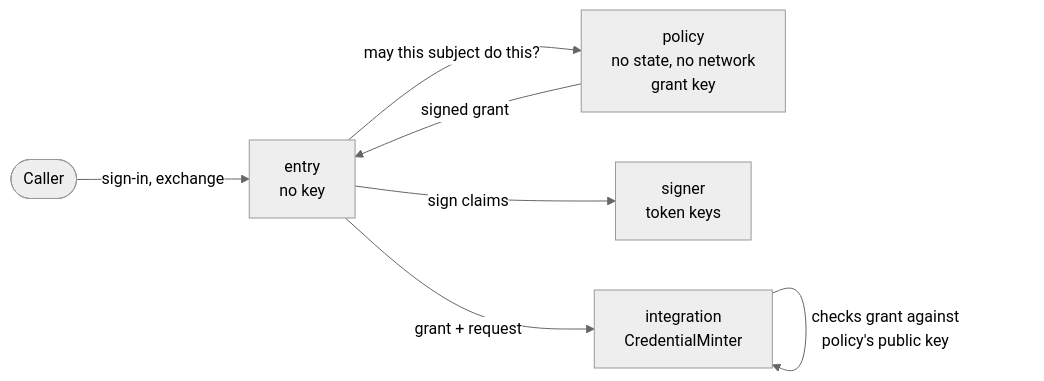
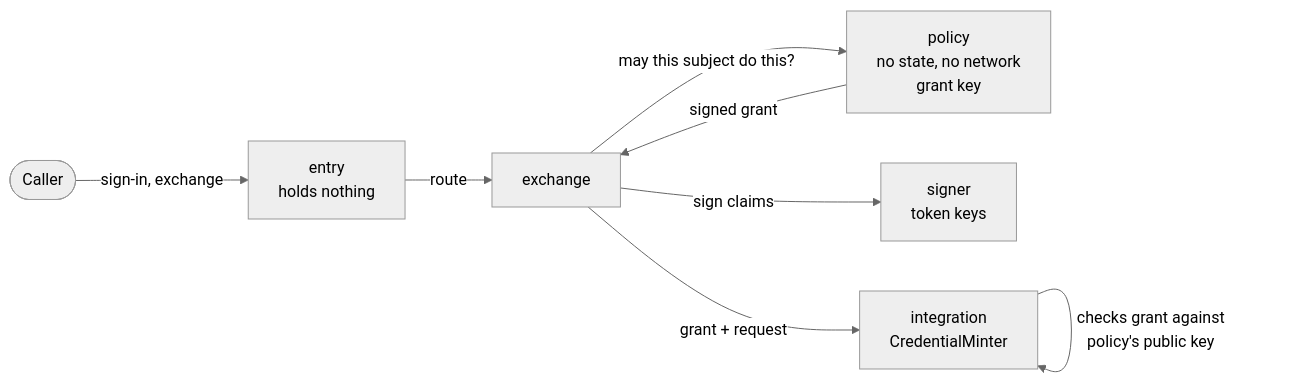
The diagram in docs/concepts/actors.md (truvity/sluis), drawn with Mermaid (neutral theme) before and after one commit. The commit also changed other lines of this file and 33 other files, not shown here.

````diff
--- a/docs/concepts/actors.md
+++ b/docs/concepts/actors.md
@@ -117,9 +149,10 @@
 ```mermaid
 flowchart LR
-  user(["Caller"]) -->|"sign-in, exchange"| entry["entry<br/>no key"]
-  entry -->|"may this subject do this?"| policy["policy<br/>no state, no network<br/>grant key"]
-  policy -->|"signed grant"| entry
-  entry -->|"sign claims"| signer["signer<br/>token keys"]
-  entry -->|"grant + request"| minter["integration<br/>CredentialMinter"]
+  user(["Caller"]) -->|"sign-in, exchange"| entry["entry<br/>holds nothing"]
+  entry -->|"route"| xchg["exchange"]
+  xchg -->|"may this subject do this?"| policy["policy<br/>no state, no network<br/>grant key"]
+  policy -->|"signed grant"| xchg
+  xchg -->|"sign claims"| signer["signer<br/>token keys"]
+  xchg -->|"grant + request"| minter["integration<br/>CredentialMinter"]
   minter -->|"checks grant against<br/>policy's public key"| minter
 ```
````
